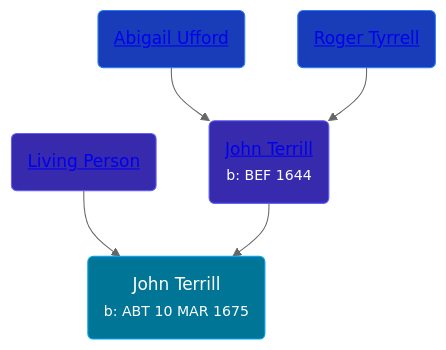
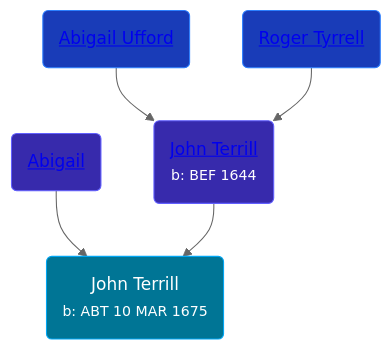
One commit to wpmgotkh/wpmgotkh.github.io changed the diagram in pages/people/7/7349384.md. Above: the diagram before and after it, drawn with Mermaid (neutral theme). The commit also changed other lines of this file and 586 other files, not shown here.

Commit message:
feat: better shouldConsiderPersonLiving algo

````diff
--- a/pages/people/7/7349384.md
+++ b/pages/people/7/7349384.md
@@ -10,11 +10,11 @@
 ```mermaid
 graph
 classDef grands fill:#193cb8,stroke:#2b7fff,stroke-width:1px,color:#fff;
 classDef parents fill:#372aac,stroke:#615fff,stroke-width:1px,color:#fff;
 classDef primary fill:#007595,stroke:#00a6f4,stroke-width:1px,color:#fff;
 7349384(John Terrill<br /><small>b: ABT 10 MAR 1675</small>):::primary
-48582652(<a class="text-white" href="/people/4/48582652">Living Person</a>):::parents-->7349384
+48582652(<a class="text-white" href="/people/4/48582652">Abigail </a>):::parents-->7349384
 65221157(<a class="text-white" href="/people/6/65221157">John Terrill</a><br /><small>b: BEF 1644</small>):::parents-->7349384
 99473444(<a class="text-white" href="/people/9/99473444">Abigail Ufford</a>):::grands-->65221157
 2108514(<a class="text-white" href="/people/2/2108514">Roger Tyrrell</a>):::grands-->65221157
 ```
````
